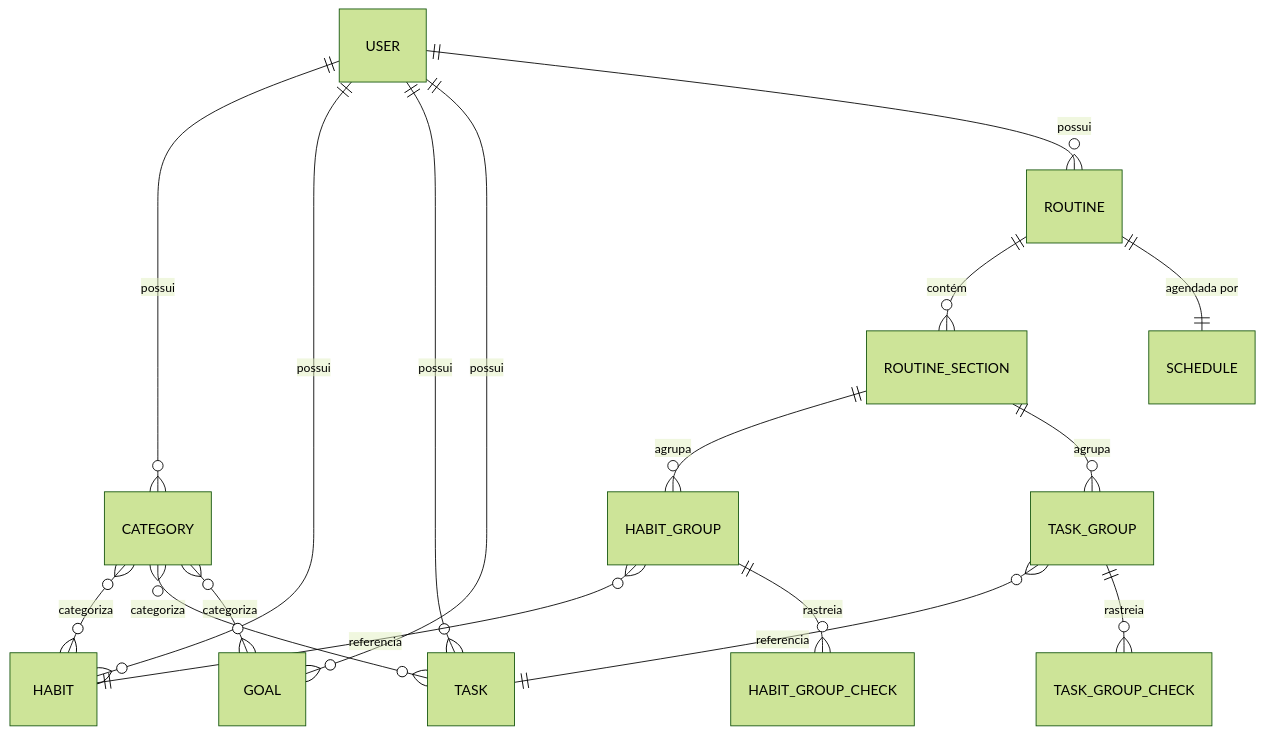
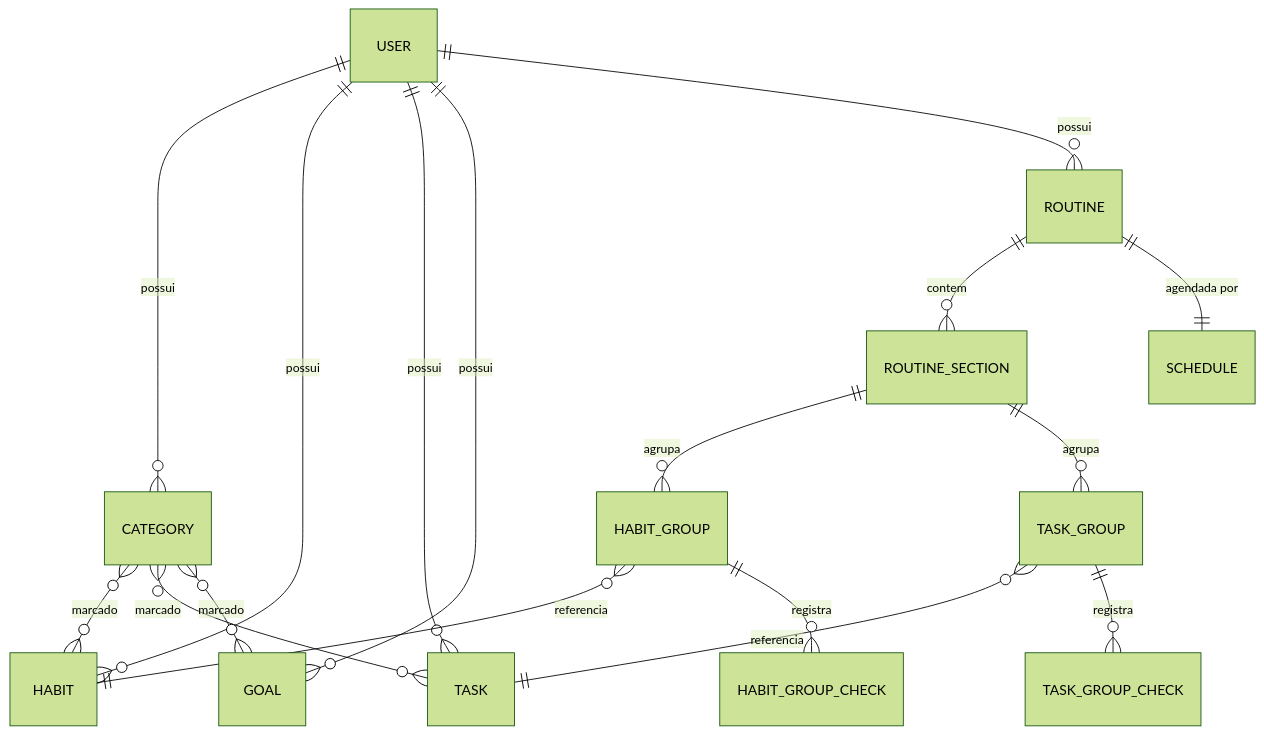
Before and after one commit to AndDev741/Beyou-arch-design: the first of 5 diagrams in architecture/overview/pt.md, drawn with Mermaid (forest theme). The commit also changed other lines of this file and 3 other files, not shown here.

First line of the commit message:
docs(architecture): rewrite the overview around the production stack

````diff
--- a/architecture/overview/pt.md
+++ b/architecture/overview/pt.md
@@ -37,24 +44,24 @@
 ```mermaid
 erDiagram
   USER ||--o{ CATEGORY : possui
   USER ||--o{ HABIT : possui
   USER ||--o{ TASK : possui
   USER ||--o{ GOAL : possui
   USER ||--o{ ROUTINE : possui
 
-  CATEGORY }o--o{ HABIT : categoriza
-  CATEGORY }o--o{ TASK : categoriza
-  CATEGORY }o--o{ GOAL : categoriza
+  CATEGORY }o--o{ HABIT : marcado
+  CATEGORY }o--o{ TASK : marcado
+  CATEGORY }o--o{ GOAL : marcado
 
-  ROUTINE ||--o{ ROUTINE_SECTION : contém
+  ROUTINE ||--o{ ROUTINE_SECTION : contem
   ROUTINE ||--|| SCHEDULE : "agendada por"
 
   ROUTINE_SECTION ||--o{ HABIT_GROUP : agrupa
   ROUTINE_SECTION ||--o{ TASK_GROUP : agrupa
 
   HABIT_GROUP }o--|| HABIT : referencia
   TASK_GROUP }o--|| TASK : referencia
 
-  HABIT_GROUP ||--o{ HABIT_GROUP_CHECK : rastreia
-  TASK_GROUP ||--o{ TASK_GROUP_CHECK : rastreia
+  HABIT_GROUP ||--o{ HABIT_GROUP_CHECK : registra
+  TASK_GROUP ||--o{ TASK_GROUP_CHECK : registra
 ```
````
